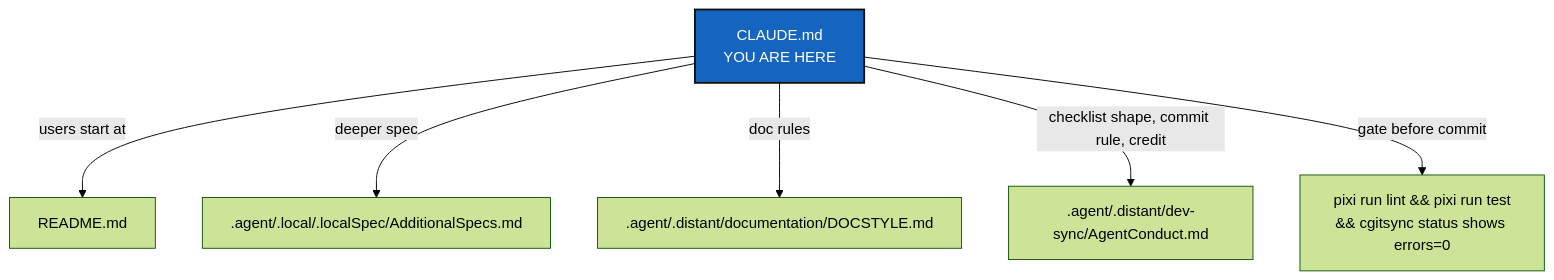
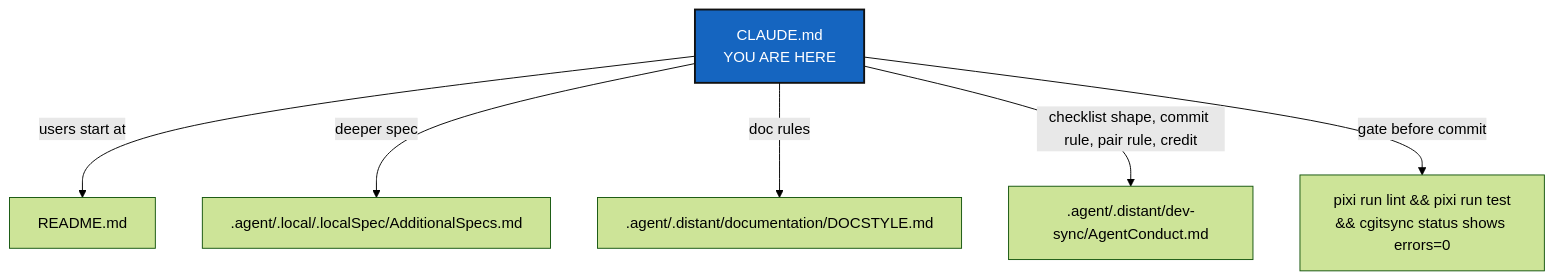
One commit to flipoyo/.claude changed the diagram in CLAUDE.md. Above: the diagram before and after it, drawn with Mermaid (forest theme). The commit also changed other lines of this file, not shown here.

Commit message:
cgitsync3.1.0 Adds the worker/orchestrator pair rule and a whose-data-is-it contract to the shared agent conduct spec, with this project's CLAUDE.md fill-ins in place; the signed content-addressed record and its release/self-history hooks wait on the owner naming a real provider and terms reference.

````diff
--- a/CLAUDE.md
+++ b/CLAUDE.md
@@ -31,11 +32,11 @@
 ```mermaid
 graph TD
     CLAUDE["CLAUDE.md<br/>YOU ARE HERE"] -->|users start at| README["README.md"]
     CLAUDE -->|deeper spec| SPEC[".agent/.local/.localSpec/AdditionalSpecs.md"]
     CLAUDE -->|doc rules| STYLE[".agent/.distant/documentation/DOCSTYLE.md"]
-    CLAUDE -->|checklist shape, commit rule, credit| CONDUCT[".agent/.distant/dev-sync/AgentConduct.md"]
+    CLAUDE -->|checklist shape, commit rule, pair rule, credit| CONDUCT[".agent/.distant/dev-sync/AgentConduct.md"]
     CLAUDE -->|gate before commit| CI["pixi run lint && pixi run test<br/>&& cgitsync status shows errors=0"]
 
     classDef here fill:#1565C0,color:#fff,stroke:#111,stroke-width:2px;
     class CLAUDE here;
 ```
````
